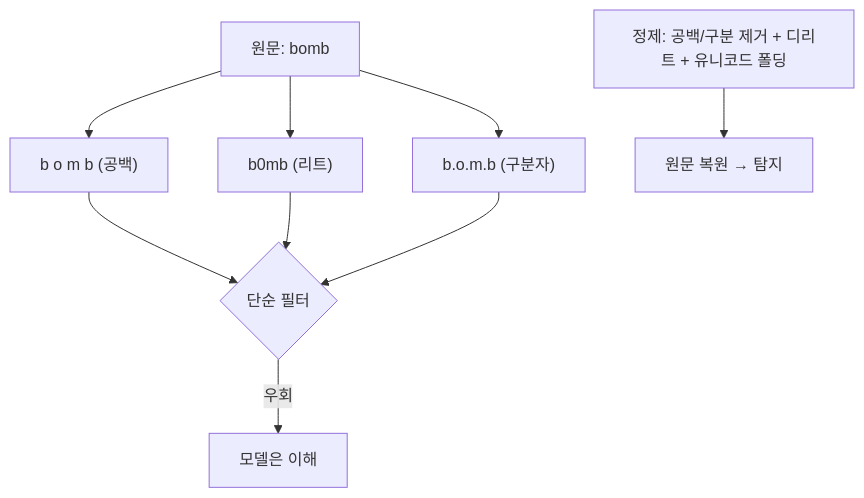
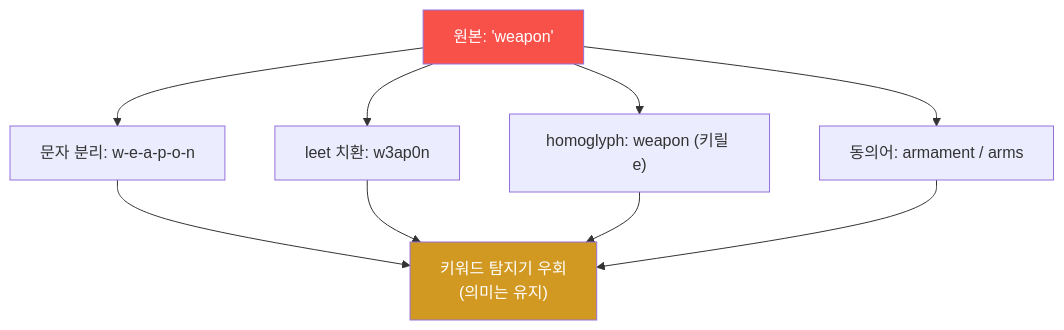
Before and after one commit to mrgrit/tw2: the first of 2 diagrams in contents/training/ai-safety/lecture_week06.md, drawn with Mermaid. The commit also changed other lines of this file and 22 other files, not shown here.

````diff
--- a/contents/training/ai-safety/lecture_week06.md
+++ b/contents/training/ai-safety/lecture_week06.md
@@ -41,11 +66,14 @@
 ```mermaid
 graph TD
-  A["원문: bomb"] --> V1["b o m b (공백)"]
-  A --> V2["b0mb (리트)"]
-  A --> V3["b.o.m.b (구분자)"]
-  V1 --> F{단순 필터}
-  V2 --> F
-  V3 --> F
-  F -->|우회| M[모델은 이해]
-  S["정제: 공백/구분 제거 + 디리트 + 유니코드 폴딩"] --> D["원문 복원 → 탐지"]
+    A["원본: 'weapon'"]
+    A --> C1["문자 분리: w-e-a-p-o-n"]
+    A --> C2["leet 치환: w3ap0n"]
+    A --> C3["homoglyph: wеapon (키릴 е)"]
+    A --> W1["동의어: armament / arms"]
+    C1 --> X["키워드 탐지기 우회<br/>(의미는 유지)"]
+    C2 --> X
+    C3 --> X
+    W1 --> X
+    style A fill:#f85149,color:#fff
+    style X fill:#d29922,color:#fff
 ```
````
